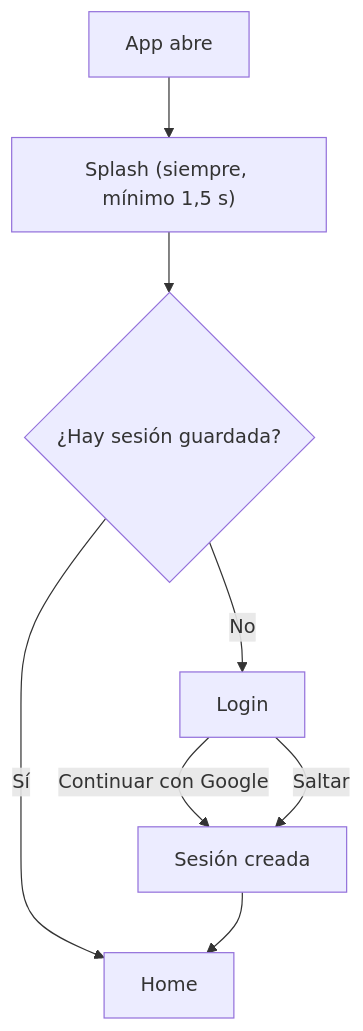
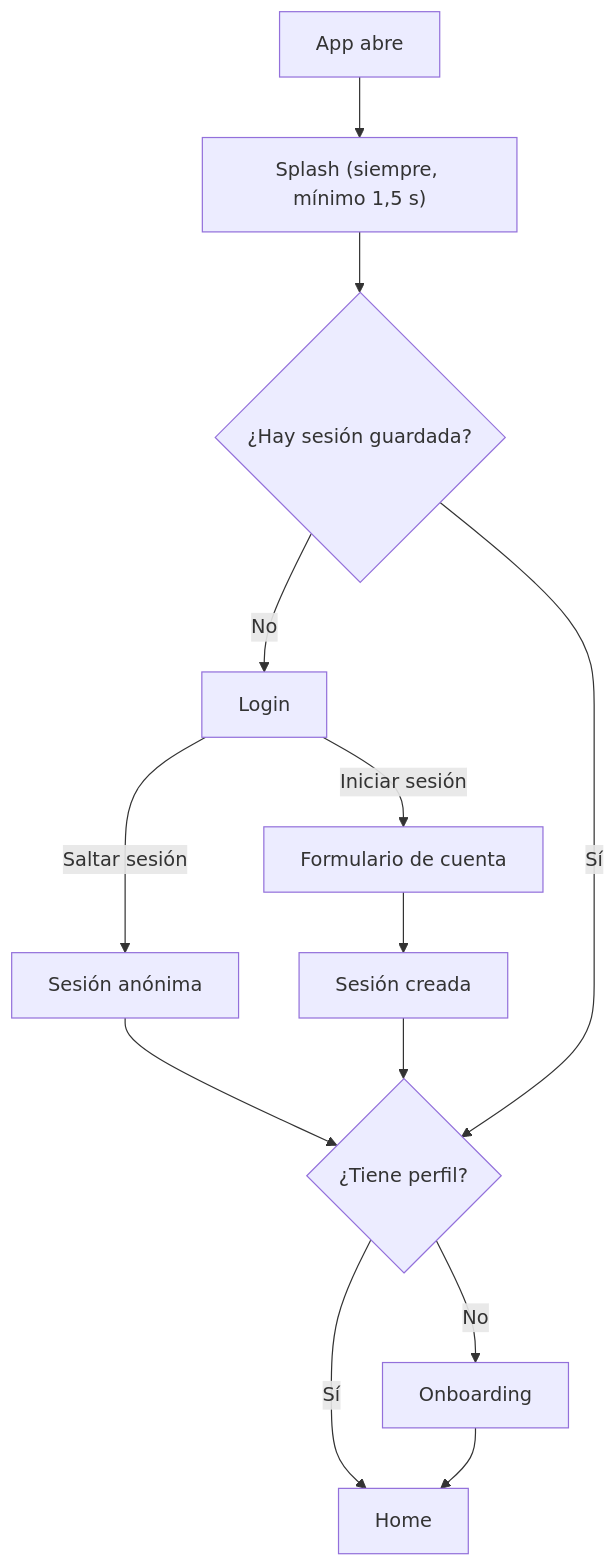
One commit to Gaburiiru/capricho changed the third of 6 diagrams in README.md. Above: the diagram before and after it, drawn with Mermaid. The commit also changed other lines of this file and 15 other files, not shown here.

````diff
--- a/README.md
+++ b/README.md
@@ -191,10 +312,15 @@
 ```mermaid
 flowchart TD
     A[App abre] --> B["Splash (siempre, mínimo 1,5 s)"]
     B --> C{¿Hay sesión guardada?}
-    C -- Sí --> H[Home]
     C -- No --> L[Login]
-    L -- Continuar con Google --> S[Sesión creada]
-    L -- Saltar --> S
-    S --> H
+    L -- Iniciar sesión --> AC[Formulario de cuenta]
+    L -- Saltar sesión --> S[Sesión anónima]
+    AC --> S2[Sesión creada]
+    S --> P
+    S2 --> P{¿Tiene perfil?}
+    C -- Sí --> P
+    P -- No --> O[Onboarding]
+    P -- Sí --> H[Home]
+    O --> H
 ```
````
